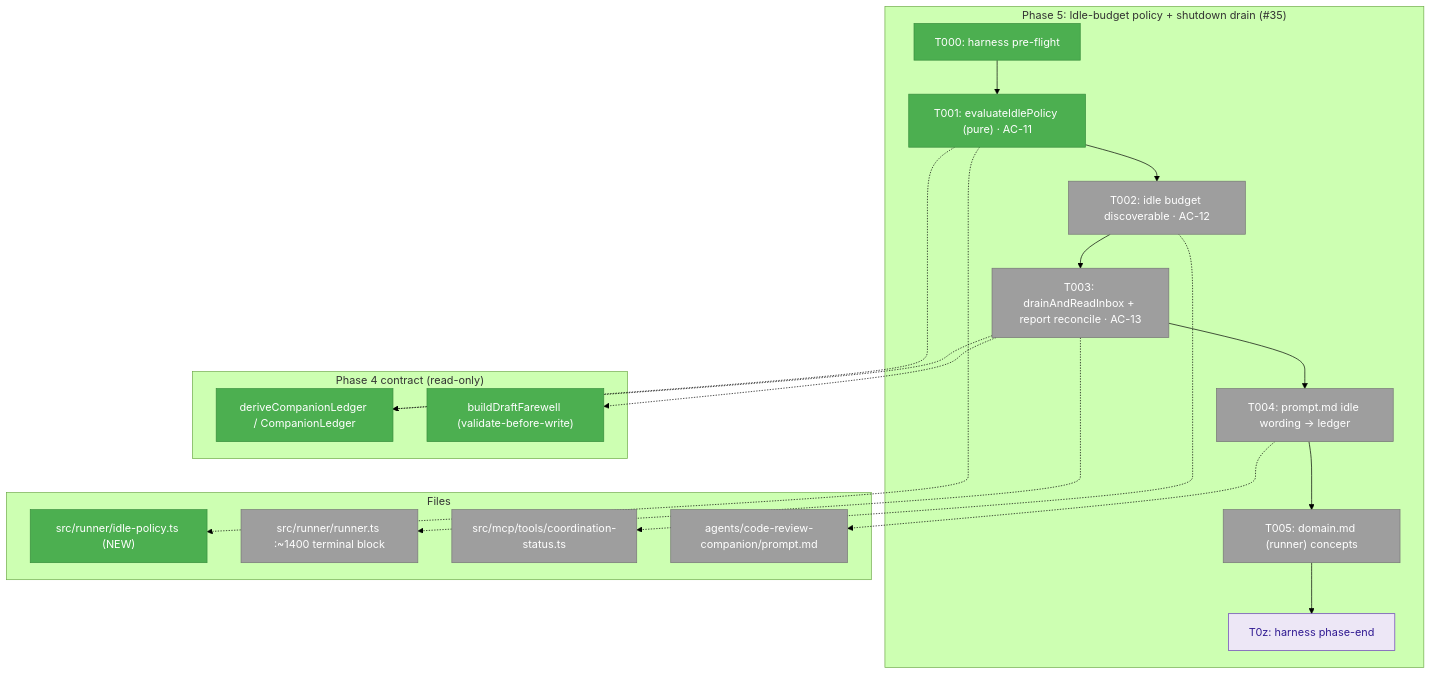
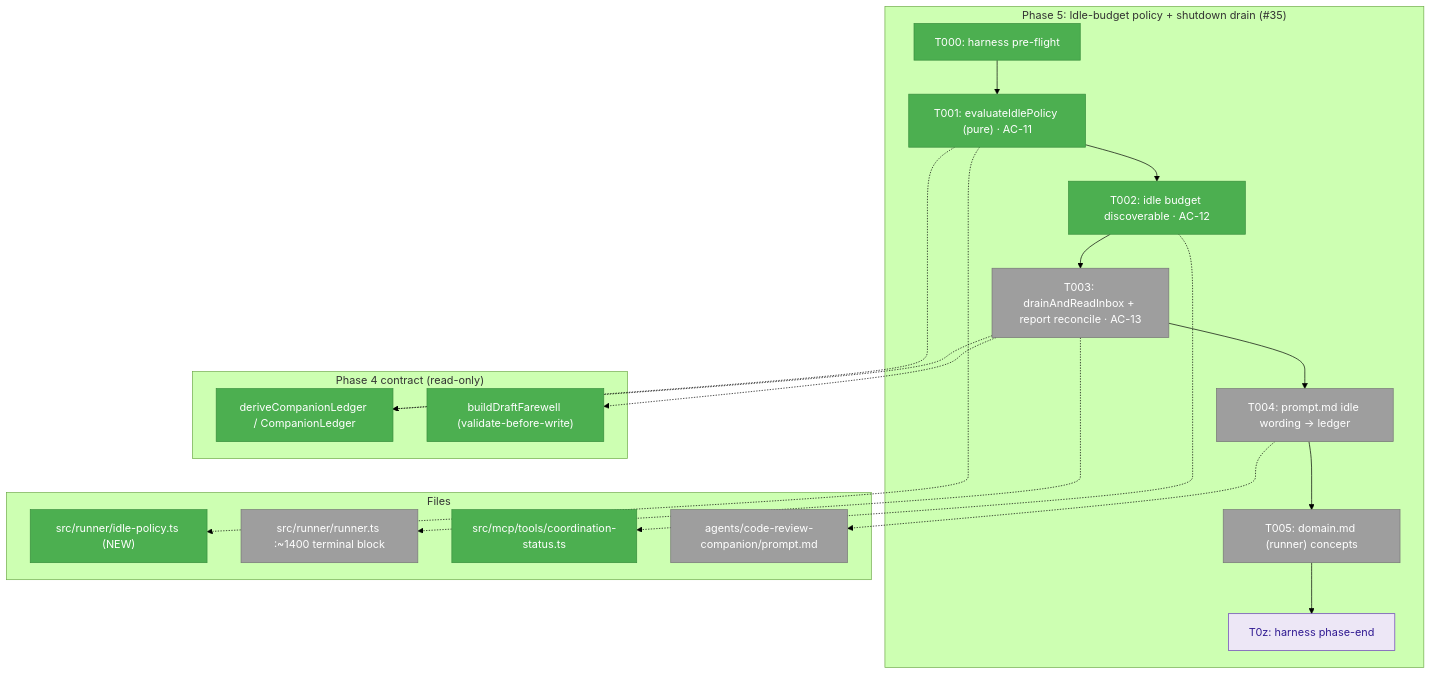
Before and after one commit to AI-Substrate/minih: the first of 3 diagrams in docs/plans/027-companion-coordination/tasks/phase-5-idle-budget-policy-shutdown-drain/tasks.md, drawn with Mermaid (forest theme). The commit also changed other lines of this file and 7 other files, not shown here.

First line of the commit message:
feat(runner,mcp): idle budget discoverable on coordination_status (#35, AC-12)

````diff
--- a/docs/plans/027-companion-coordination/tasks/phase-5-idle-budget-policy-shutdown-drain/tasks.md
+++ b/docs/plans/027-companion-coordination/tasks/phase-5-idle-budget-policy-shutdown-drain/tasks.md
@@ -149,37 +149,37 @@
 ```mermaid
 flowchart TD
     classDef pending fill:#9E9E9E,stroke:#757575,color:#fff
     classDef completed fill:#4CAF50,stroke:#388E3C,color:#fff
     classDef seam fill:#EDE7F6,stroke:#673AB7,color:#311B92
 
     subgraph Phase["Phase 5: Idle-budget policy + shutdown drain (#35)"]
         T000["T000: harness pre-flight"]:::completed
         T001["T001: evaluateIdlePolicy (pure) · AC-11"]:::completed
-        T002["T002: idle budget discoverable · AC-12"]:::pending
+        T002["T002: idle budget discoverable · AC-12"]:::completed
         T003["T003: drainAndReadInbox + report reconcile · AC-13"]:::pending
         T004["T004: prompt.md idle wording → ledger"]:::pending
         T005["T005: domain.md (runner) concepts"]:::pending
         T0z["T0z: harness phase-end"]:::seam
         T000 --> T001 --> T002 --> T003 --> T004 --> T005 --> T0z
     end
 
     subgraph Consumes["Phase 4 contract (read-only)"]
         L["deriveCompanionLedger / CompanionLedger"]:::completed
         B["buildDraftFarewell (validate-before-write)"]:::completed
     end
 
     subgraph Files["Files"]
         F1["src/runner/idle-policy.ts (NEW)"]:::completed
         F2["src/runner/runner.ts :~1400 terminal block"]:::pending
-        F3["src/mcp/tools/coordination-status.ts"]:::pending
+        F3["src/mcp/tools/coordination-status.ts"]:::completed
         F4["agents/code-review-companion/prompt.md"]:::pending
     end
 
     T001 -.-> F1
     T001 -.-> L
     T002 -.-> F3
     T003 -.-> F2
     T003 -.-> L
     T003 -.-> B
     T004 -.-> F4
 ```
````
